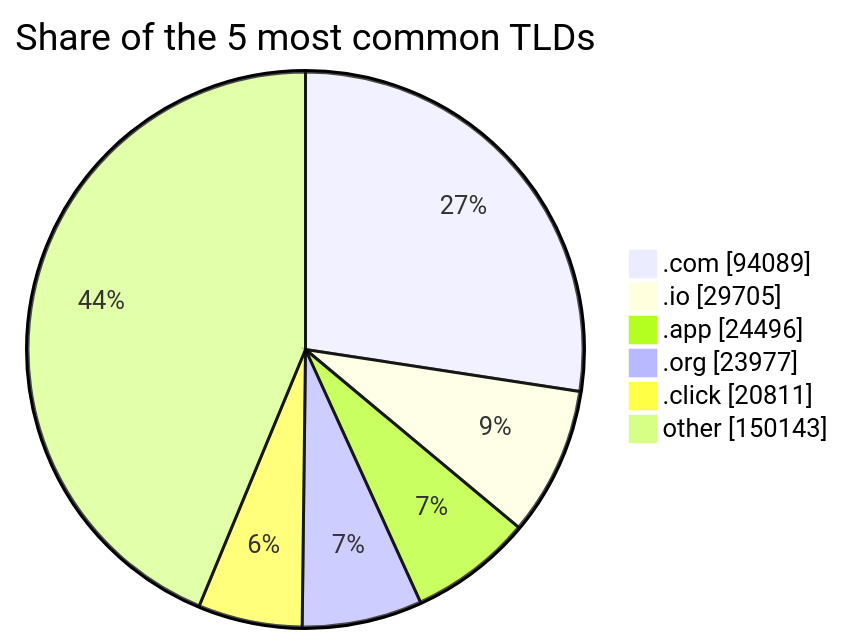
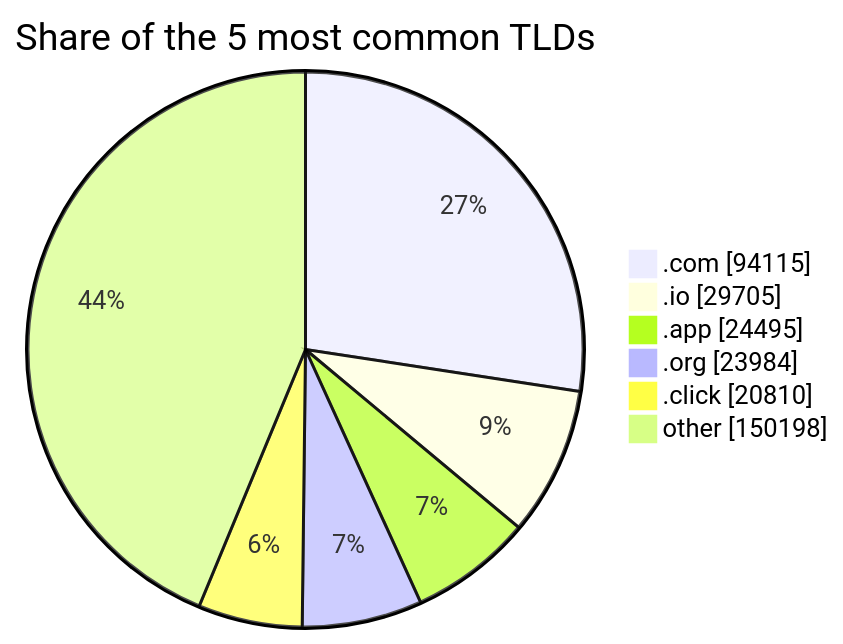
Before and after one commit to DNSBunker/CTI: the third of 3 diagrams in README.md, drawn with Mermaid. The commit also changed other lines of this file and 3 other files, not shown here.

````diff
--- a/README.md
+++ b/README.md
@@ -81,9 +81,9 @@
 ```mermaid
 pie showData title Share of the 5 most common TLDs
-    ".com" : 94089
+    ".com" : 94115
     ".io" : 29705
-    ".app" : 24496
-    ".org" : 23977
-    ".click" : 20811
-    "other" : 150143
+    ".app" : 24495
+    ".org" : 23984
+    ".click" : 20810
+    "other" : 150198
 ```
````
